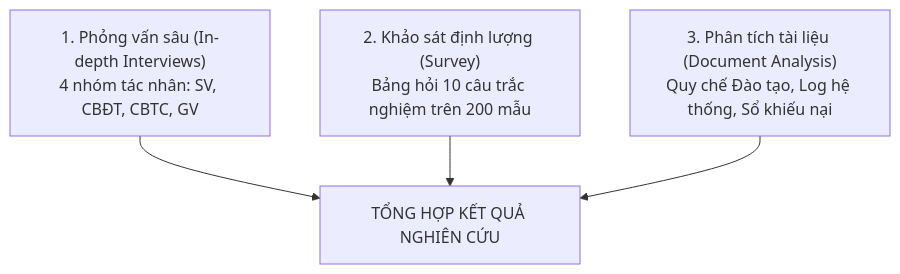
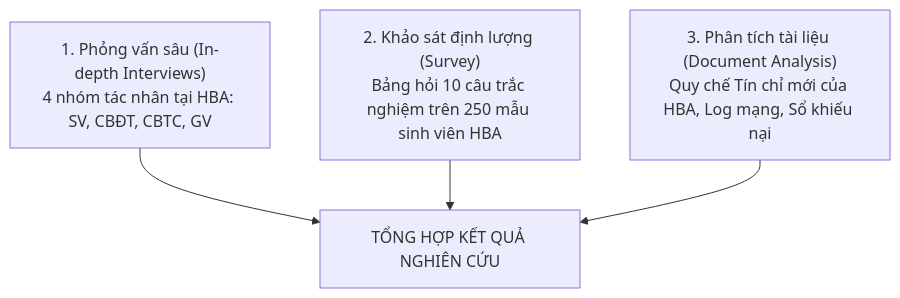
Before and after one commit to cacancap/IT3120_QuanLyDaoTao: the diagram in bai-tap-1/TV4-GiangVien.md, drawn with Mermaid. The commit also changed other lines of this file and 6 other files, not shown here.

````diff
--- a/bai-tap-1/TV4-GiangVien.md
+++ b/bai-tap-1/TV4-GiangVien.md
@@ -97,10 +99,10 @@
 ```mermaid
 flowchart TD
-    M1["1. Phỏng vấn sâu (In-depth Interviews)<br/>4 nhóm tác nhân: SV, CBĐT, CBTC, GV"]
-    M2["2. Khảo sát định lượng (Survey)<br/>Bảng hỏi 10 câu trắc nghiệm trên 200 mẫu"]
-    M3["3. Phân tích tài liệu (Document Analysis)<br/>Quy chế Đào tạo, Log hệ thống, Sổ khiếu nại"]
+    M1["1. Phỏng vấn sâu (In-depth Interviews)<br/>4 nhóm tác nhân tại HBA: SV, CBĐT, CBTC, GV"]
+    M2["2. Khảo sát định lượng (Survey)<br/>Bảng hỏi 10 câu trắc nghiệm trên 250 mẫu sinh viên HBA"]
+    M3["3. Phân tích tài liệu (Document Analysis)<br/>Quy chế Tín chỉ mới của HBA, Log mạng, Sổ khiếu nại"]
 
     M1 --> REPORT["TỔNG HỢP KẾT QUẢ NGHIÊN CỨU"]
     M2 --> REPORT
     M3 --> REPORT
 ```
````
